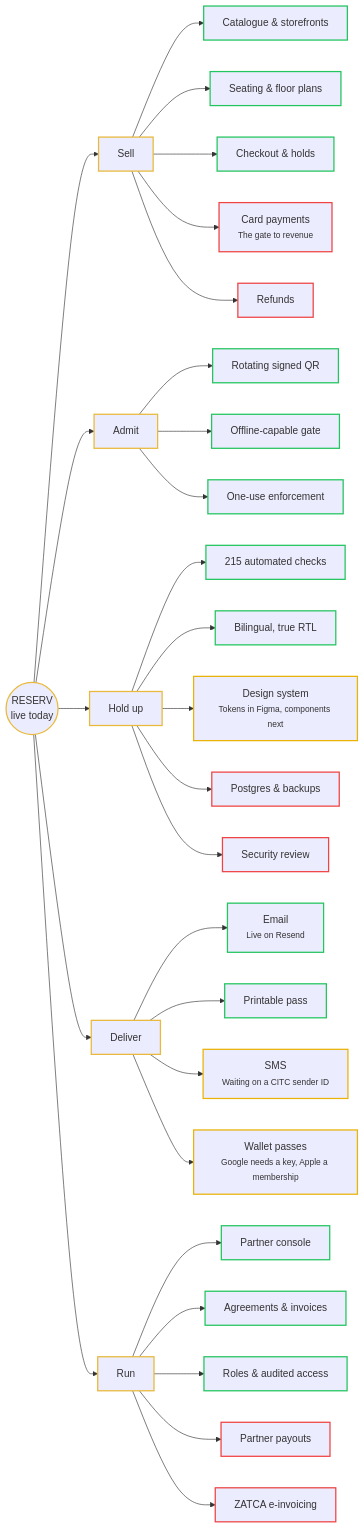
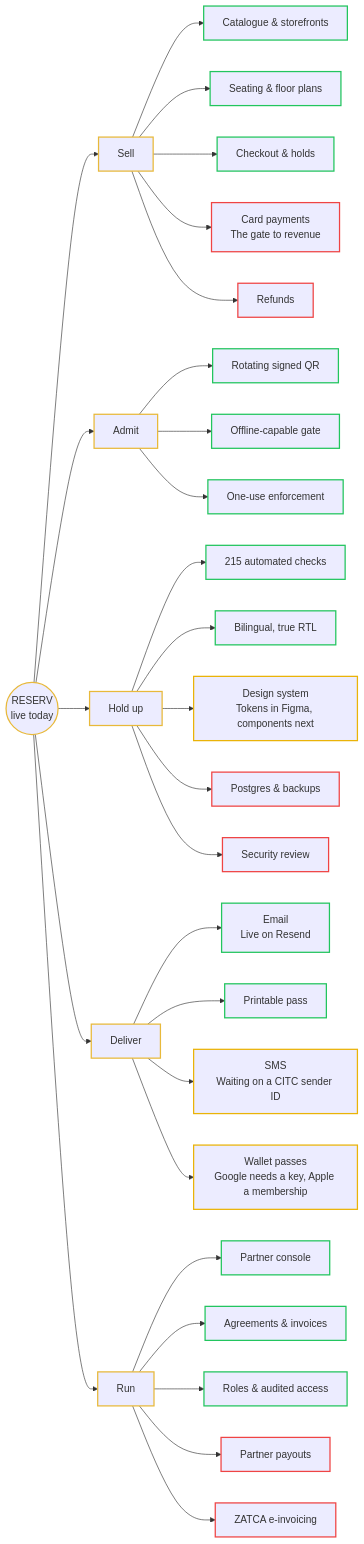
The diagram in RESERV.md (aymanzainol/git), drawn with Mermaid before and after one commit. The commit also changed 1 other file, not shown here.

Commit message:
Add standalone single-file version of the map
One self-contained Markdown file that carries the whole map with no
dependency on the rest of the vault — drop it into any vault, or open
it in any Markdown app.

- RESERV Mind Map.md — Mermaid diagram, foldable outline, status
  roll-up, per-status tables, and the legend. No wikilinks.

Also drops HTML markup that Mermaid renders literally: **bold** in node
labels, and <small>/<i> around the subtitles. Both diagrams verified by
rendering them through Mermaid 10.9.1 headlessly.

Claude-Session: https://claude.ai/code/session_0112b2paCpNaVtsY3D9vzdPJ

````diff
--- a/RESERV.md
+++ b/RESERV.md
@@ -32,35 +32,35 @@
 ```mermaid
 flowchart LR
   R(("RESERV<br/>live today")):::core
   R --> A1["Sell"]:::core
   A1 --> A1_0["Catalogue & storefronts"]:::done
   A1 --> A1_1["Seating & floor plans"]:::done
   A1 --> A1_2["Checkout & holds"]:::done
-  A1 --> A1_3["Card payments<br/><small>The gate to revenue</small>"]:::todo
+  A1 --> A1_3["Card payments<br/>The gate to revenue"]:::todo
   A1 --> A1_4["Refunds"]:::todo
   R --> A2["Admit"]:::core
   A2 --> A2_0["Rotating signed QR"]:::done
   A2 --> A2_1["Offline-capable gate"]:::done
   A2 --> A2_2["One-use enforcement"]:::done
   R --> A3["Hold up"]:::core
   A3 --> A3_0["215 automated checks"]:::done
   A3 --> A3_1["Bilingual, true RTL"]:::done
-  A3 --> A3_2["Design system<br/><small>Tokens in Figma, components next</small>"]:::doing
+  A3 --> A3_2["Design system<br/>Tokens in Figma, components next"]:::doing
   A3 --> A3_3["Postgres & backups"]:::todo
   A3 --> A3_4["Security review"]:::todo
   R --> A4["Deliver"]:::core
-  A4 --> A4_0["Email<br/><small>Live on Resend</small>"]:::done
+  A4 --> A4_0["Email<br/>Live on Resend"]:::done
   A4 --> A4_1["Printable pass"]:::done
-  A4 --> A4_2["SMS<br/><small>Waiting on a CITC sender ID</small>"]:::doing
-  A4 --> A4_3["Wallet passes<br/><small>Google needs a key, Apple a membership</small>"]:::doing
+  A4 --> A4_2["SMS<br/>Waiting on a CITC sender ID"]:::doing
+  A4 --> A4_3["Wallet passes<br/>Google needs a key, Apple a membership"]:::doing
   R --> A5["Run"]:::core
   A5 --> A5_0["Partner console"]:::done
   A5 --> A5_1["Agreements & invoices"]:::done
   A5 --> A5_2["Roles & audited access"]:::done
   A5 --> A5_3["Partner payouts"]:::todo
   A5 --> A5_4["ZATCA e-invoicing"]:::todo
   classDef core stroke:#e8b93b,stroke-width:2px;
   classDef done stroke:#22c55e,stroke-width:2px;
   classDef doing stroke:#eab308,stroke-width:2px;
   classDef todo stroke:#ef4444,stroke-width:2px;
 ```
````
